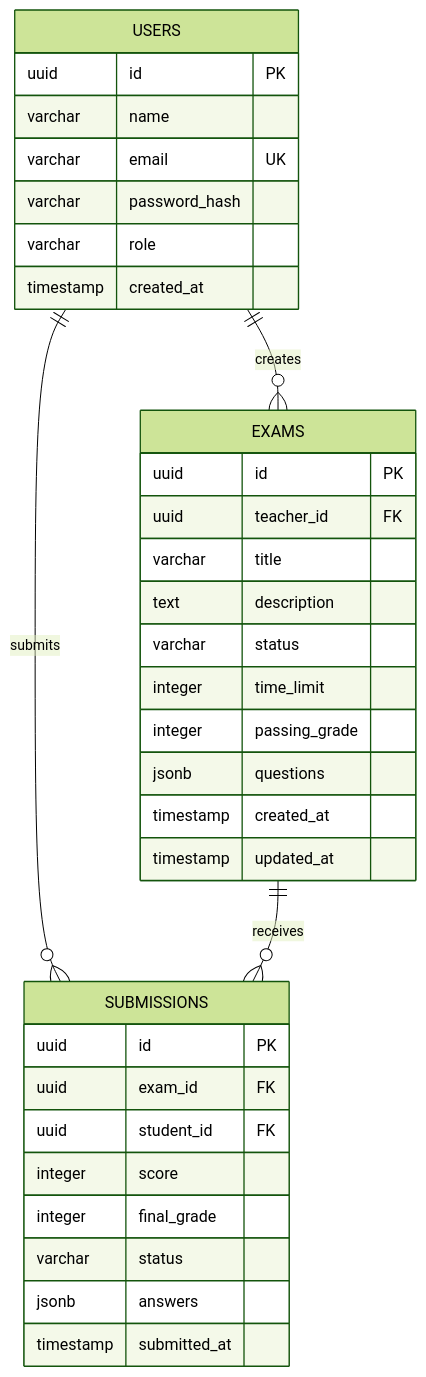
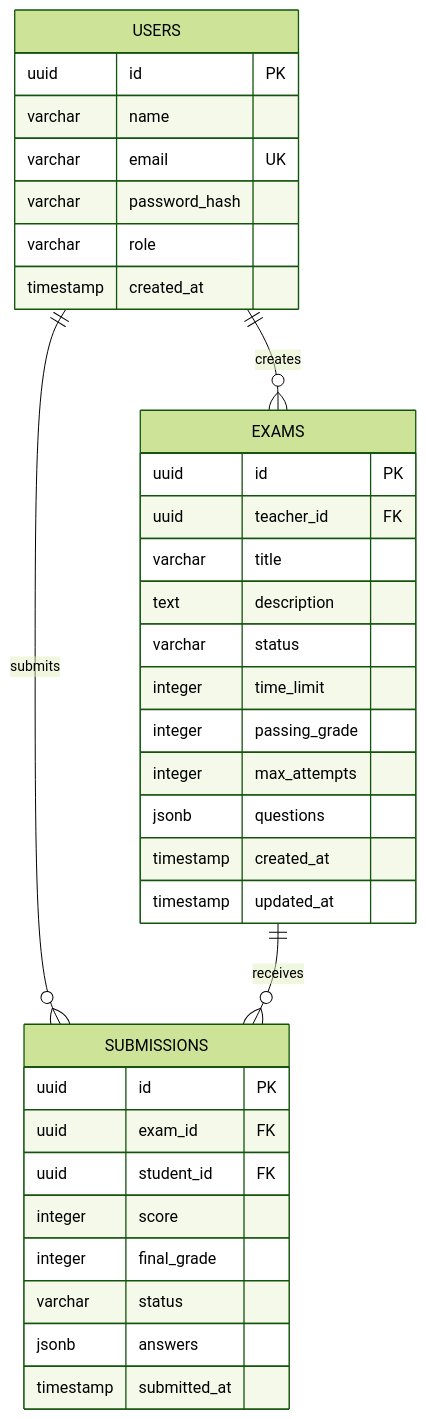
One commit to IgbariaK/ExamApp changed the second of 2 diagrams in README.md. Above: the diagram before and after it, drawn with Mermaid (forest theme). The commit also changed other lines of this file and 21 other files, not shown here.

````diff
--- a/README.md
+++ b/README.md
@@ -36,39 +36,40 @@
 ```mermaid
 erDiagram
   USERS ||--o{ EXAMS : creates
   USERS ||--o{ SUBMISSIONS : submits
   EXAMS ||--o{ SUBMISSIONS : receives
 
   USERS {
     uuid id PK
     varchar name
     varchar email UK
     varchar password_hash
     varchar role
     timestamp created_at
   }
 
   EXAMS {
     uuid id PK
     uuid teacher_id FK
     varchar title
     text description
     varchar status
     integer time_limit
     integer passing_grade
+    integer max_attempts
     jsonb questions
     timestamp created_at
     timestamp updated_at
   }
 
   SUBMISSIONS {
     uuid id PK
     uuid exam_id FK
     uuid student_id FK
     integer score
     integer final_grade
     varchar status
     jsonb answers
     timestamp submitted_at
   }
 ```
````
